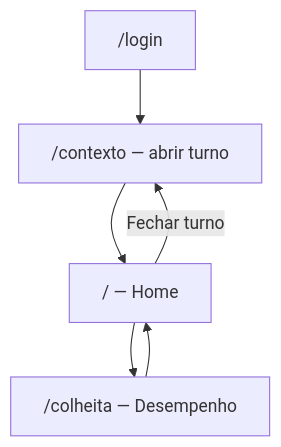
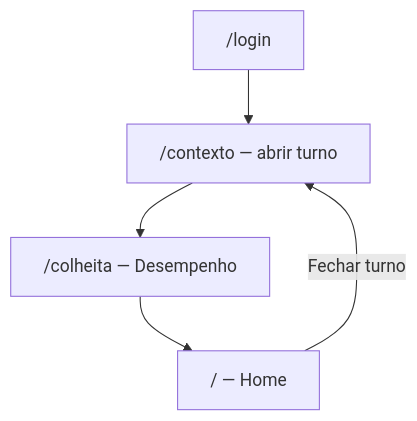
Before and after one commit to carlosedupm/ceial-cocal-campo: the first of 4 diagrams in docs/ops/fluxo-usuario-visualizacao.md, drawn with Mermaid. The commit also changed other lines of this file and 23 other files, not shown here.

First line of the commit message:
feat: enhance user flow and UI components for colheita and contexto

````diff
--- a/docs/ops/fluxo-usuario-visualizacao.md
+++ b/docs/ops/fluxo-usuario-visualizacao.md
@@ -46,11 +46,11 @@
 ```mermaid
 flowchart TD
   login["/login"]
   ctx["/contexto — abrir turno"]
+  col["/colheita — Desempenho"]
   home["/ — Home"]
-  col["/colheita — Desempenho"]
 
-  login --> ctx --> home --> col
+  login --> ctx --> col
   col --> home
   home -->|Fechar turno| ctx
 ```
````
